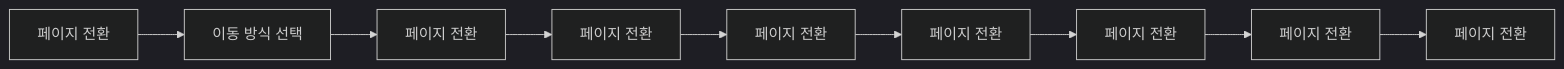
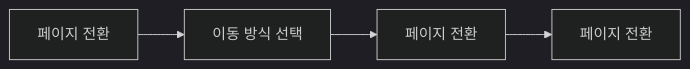
Before and after one commit to gitsunmin/gitsunmin.github.io: the diagram in src/docs/projects/foodspring.mdx, drawn with Mermaid (dark theme). The commit also changed 5 other files, not shown here.

Commit message:
✨ added feature that show mermaid

````diff
--- a/src/docs/projects/foodspring.mdx
+++ b/src/docs/projects/foodspring.mdx
@@ -75,11 +75,6 @@
 ```mermaid
 graph LR
     A[페이지 전환] --> B[이동 방식 선택]
     B --> C[페이지 전환]
     C --> D[페이지 전환]
-    D --> E[페이지 전환]
-    E --> F[페이지 전환]
-    F --> G[페이지 전환]
-    G --> H[페이지 전환]
-    H --> I[페이지 전환]
 ```
````
